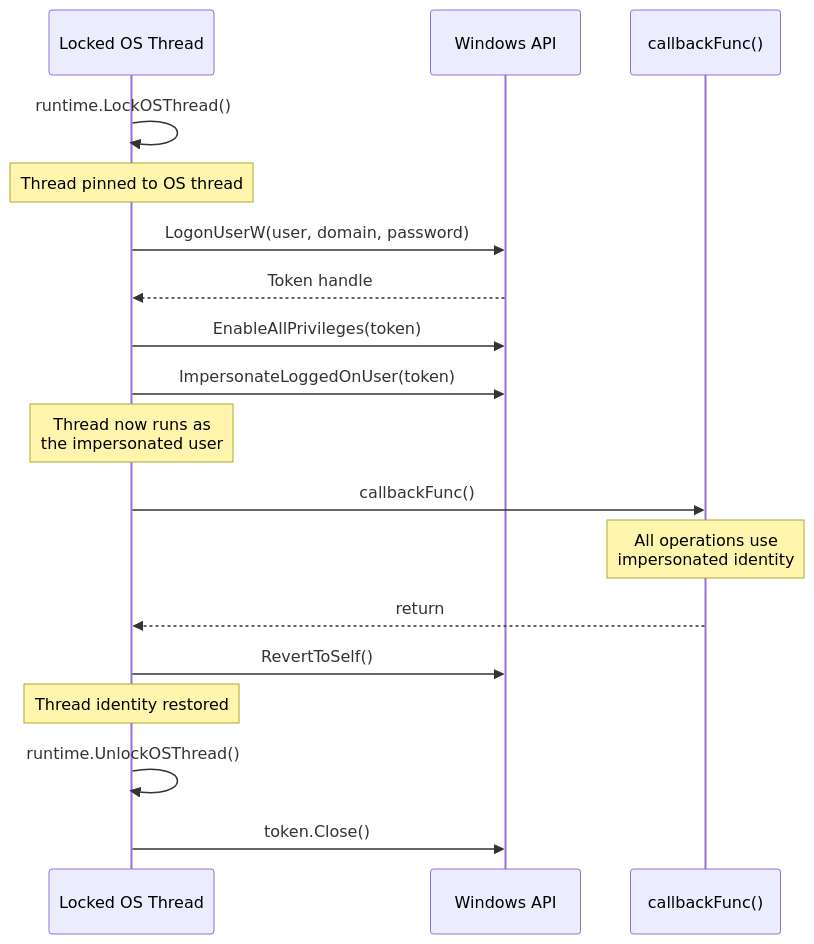
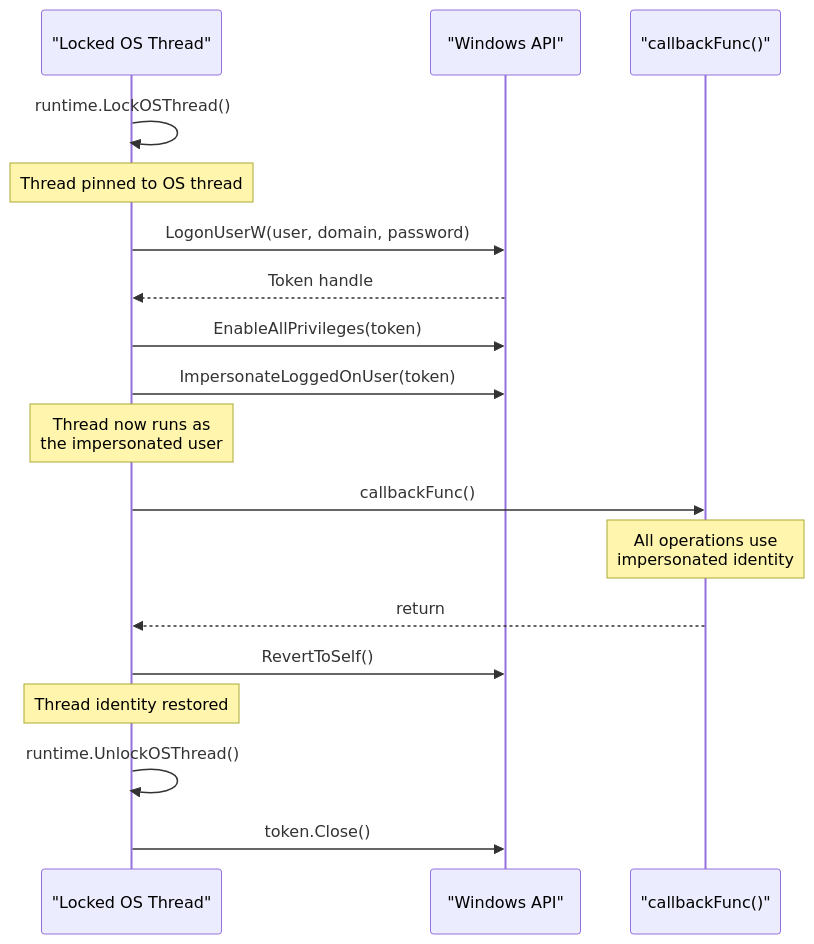
The first of 2 diagrams in docs/techniques/tokens/impersonation.md (oioio-space/maldev), drawn with Mermaid before and after one commit. The commit also changed 52 other files, not shown here.

First line of the commit message:
fix(docs): quote multi-word Mermaid participant aliases — 11.2.0 strict-mode sweep

````diff
--- a/docs/techniques/tokens/impersonation.md
+++ b/docs/techniques/tokens/impersonation.md
@@ -27,27 +27,27 @@
 ```mermaid
 sequenceDiagram
-    participant Thread as Locked OS Thread
-    participant Win as Windows API
-    participant Callback as callbackFunc()
+    participant Thread as "Locked OS Thread"
+    participant Win as "Windows API"
+    participant Callback as "callbackFunc()"
 
     Thread->>Thread: runtime.LockOSThread()
     Note over Thread: Thread pinned to OS thread
 
     Thread->>Win: LogonUserW(user, domain, password)
     Win-->>Thread: Token handle
 
     Thread->>Win: EnableAllPrivileges(token)
     Thread->>Win: ImpersonateLoggedOnUser(token)
     Note over Thread: Thread now runs as<br>the impersonated user
 
     Thread->>Callback: callbackFunc()
     Note over Callback: All operations use<br>impersonated identity
 
     Callback-->>Thread: return
 
     Thread->>Win: RevertToSelf()
     Note over Thread: Thread identity restored
 
     Thread->>Thread: runtime.UnlockOSThread()
     Thread->>Win: token.Close()
 ```
````
